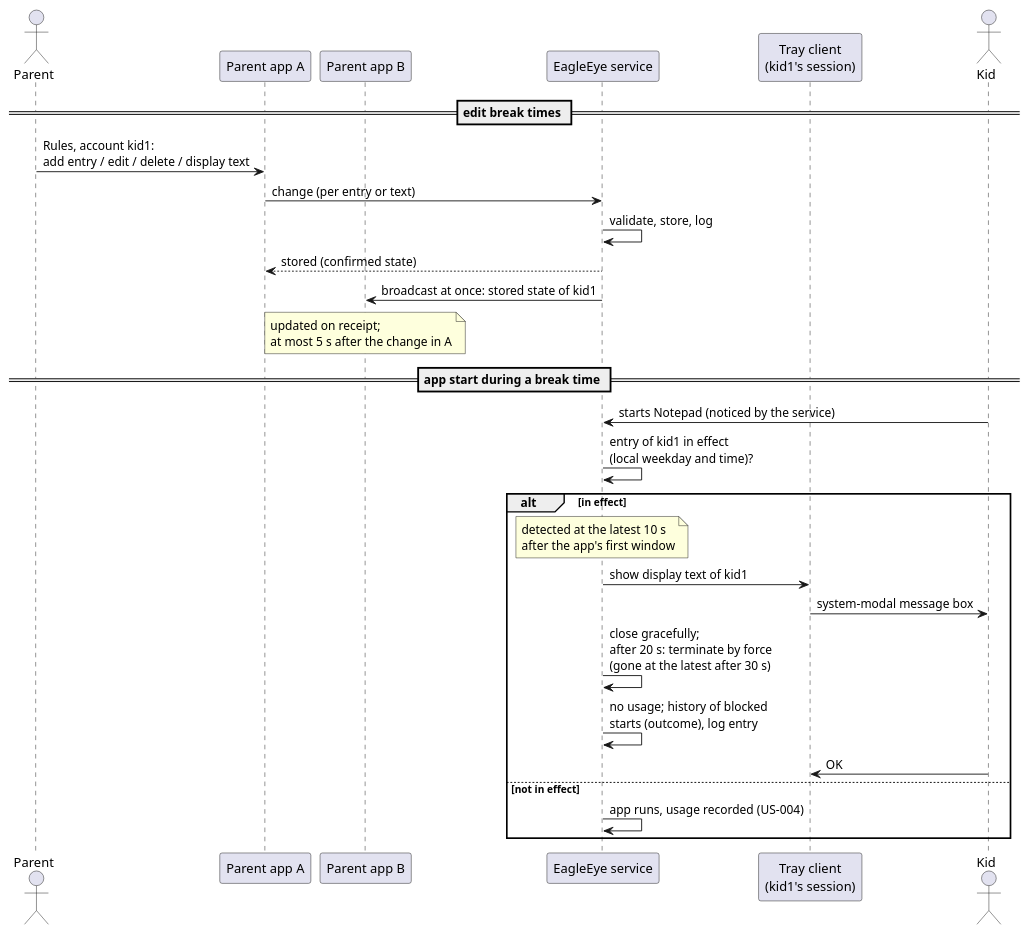
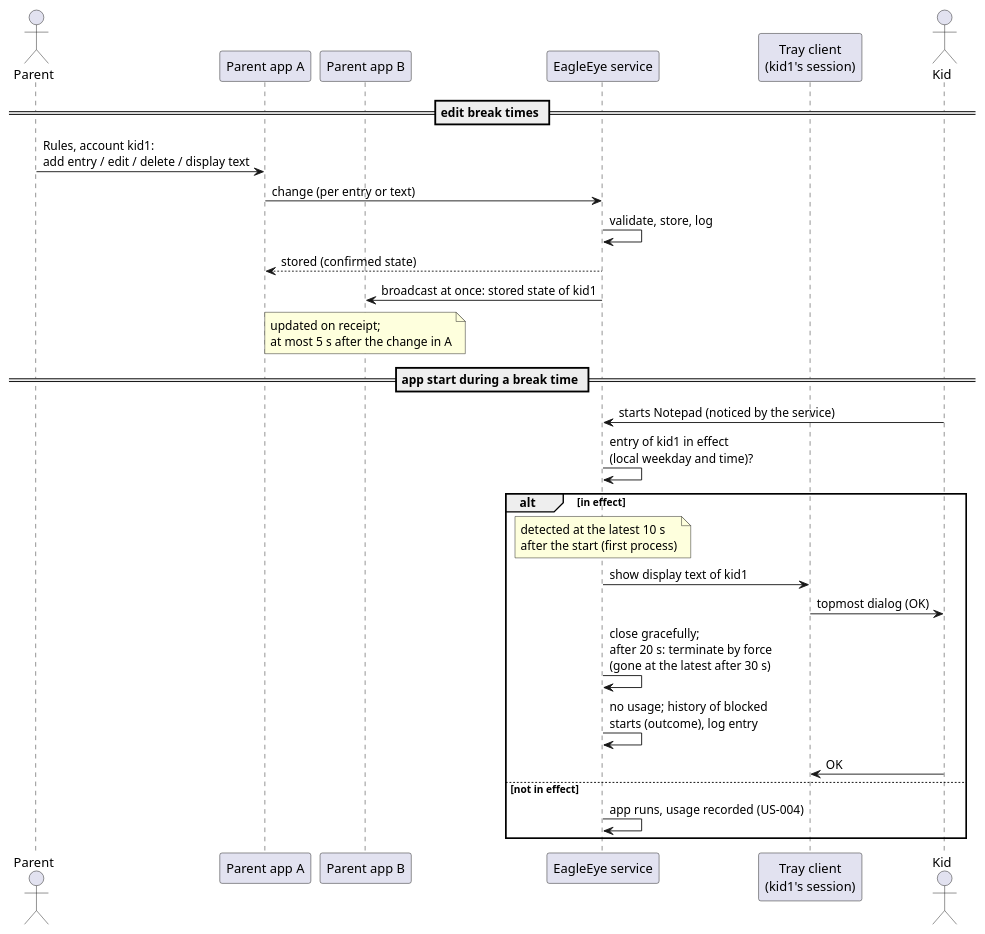
One commit to adlemich/EagleEye changed the fourth of 4 diagrams in 02_Implementation/docs/requirements/user-stories/US-005/user-story.md. Above: the diagram before and after it, drawn with PlantUML. The commit also changed other lines of this file and 1 other file, not shown here.

````diff
--- a/02_Implementation/docs/requirements/user-stories/US-005/user-story.md
+++ b/02_Implementation/docs/requirements/user-stories/US-005/user-story.md
@@ -235,32 +242,32 @@
 ```plantuml
 @startuml
 actor Parent
 participant "Parent app A" as AppA
 participant "Parent app B" as AppB
 participant "EagleEye service" as Svc
 participant "Tray client\n(kid1's session)" as Tray
 actor Kid
 
 == edit break times ==
 Parent -> AppA : Rules, account kid1:\nadd entry / edit / delete / display text
 AppA -> Svc : change (per entry or text)
 Svc -> Svc : validate, store, log
 Svc --> AppA : stored (confirmed state)
 Svc -> AppB : broadcast at once: stored state of kid1
 note over AppB : updated on receipt;\nat most 5 s after the change in A
 
 == app start during a break time ==
 Kid -> Svc : starts Notepad (noticed by the service)
 Svc -> Svc : entry of kid1 in effect\n(local weekday and time)?
 alt in effect
-  note over Svc : detected at the latest 10 s\nafter the app's first window
+  note over Svc : detected at the latest 10 s\nafter the start (first process)
   Svc -> Tray : show display text of kid1
-  Tray -> Kid : system-modal message box
+  Tray -> Kid : topmost dialog (OK)
   Svc -> Svc : close gracefully;\nafter 20 s: terminate by force\n(gone at the latest after 30 s)
   Svc -> Svc : no usage; history of blocked\nstarts (outcome), log entry
   Kid -> Tray : OK
 else not in effect
   Svc -> Svc : app runs, usage recorded (US-004)
 end
 @enduml
 ```
````
